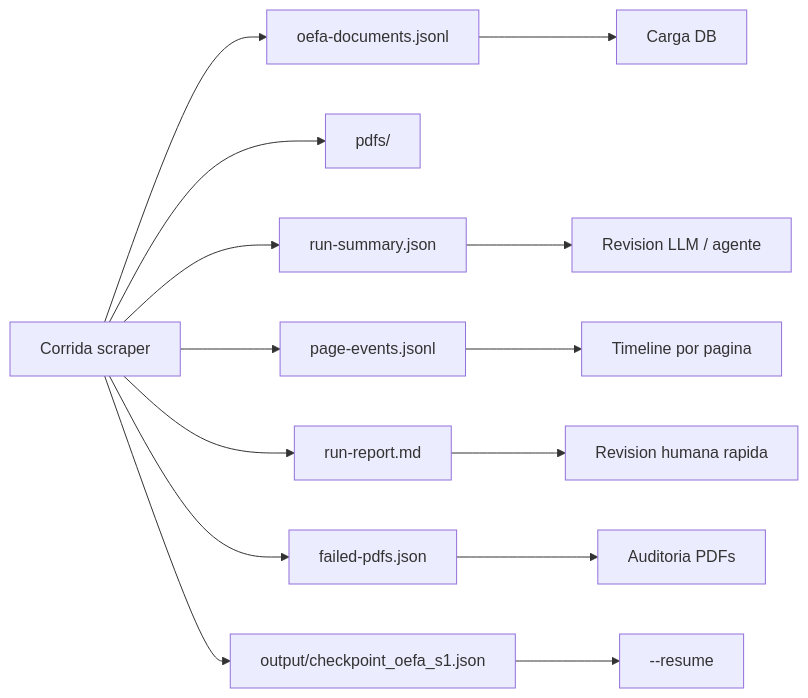
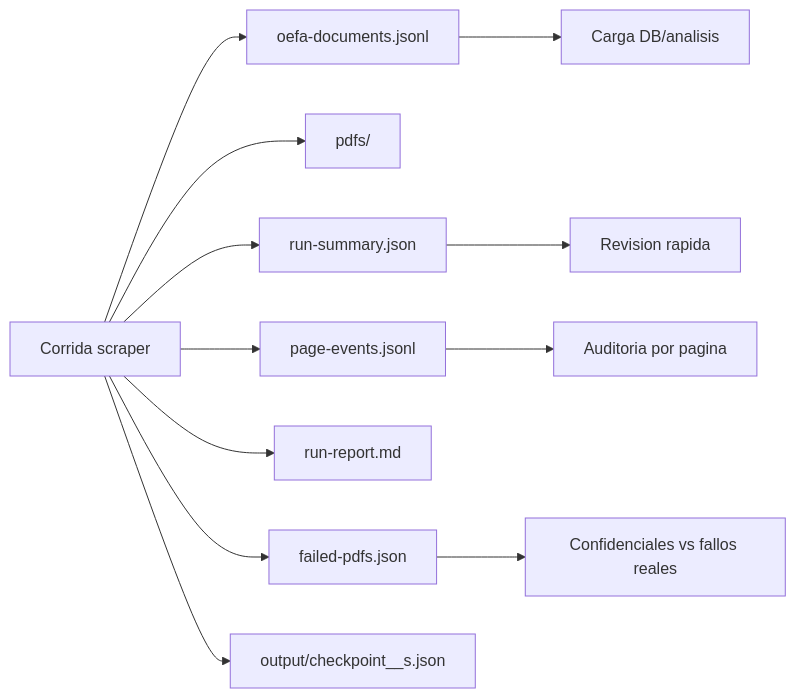
The fourth of 4 diagrams in README.md (GatoProgramador-01/pj-peru-scraper), drawn with Mermaid before and after one commit. The commit also changed other lines of this file, not shown here.

````diff
--- a/README.md
+++ b/README.md
@@ -212,17 +215,15 @@
 ```mermaid
 flowchart LR
     Run["Corrida scraper"] --> JSONL["oefa-documents.jsonl"]
     Run --> PDFDir["pdfs/"]
     Run --> Summary["run-summary.json"]
     Run --> Events["page-events.jsonl"]
-    Run --> Markdown["run-report.md"]
+    Run --> Report["run-report.md"]
     Run --> Failed["failed-pdfs.json"]
-    Run --> Checkpoint["output/checkpoint_oefa_s1.json"]
+    Run --> Checkpoint["output/checkpoint_<site>_s<sector>.json"]
 
-    JSONL --> DBLoad["Carga DB"]
-    Events --> Timeline["Timeline por pagina"]
-    Summary --> LLMReview["Revision LLM / agente"]
-    Markdown --> Human["Revision humana rapida"]
-    Failed --> PdfAudit["Auditoria PDFs"]
-    Checkpoint --> Resume["--resume"]
+    Summary --> Review["Revision rapida"]
+    Events --> Timeline["Auditoria por pagina"]
+    Failed --> RetryAudit["Confidenciales vs fallos reales"]
+    JSONL --> DB["Carga DB/analisis"]
 ```
````
